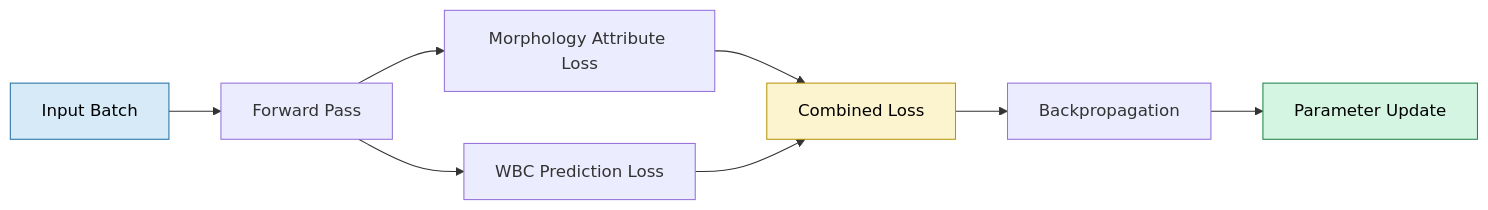
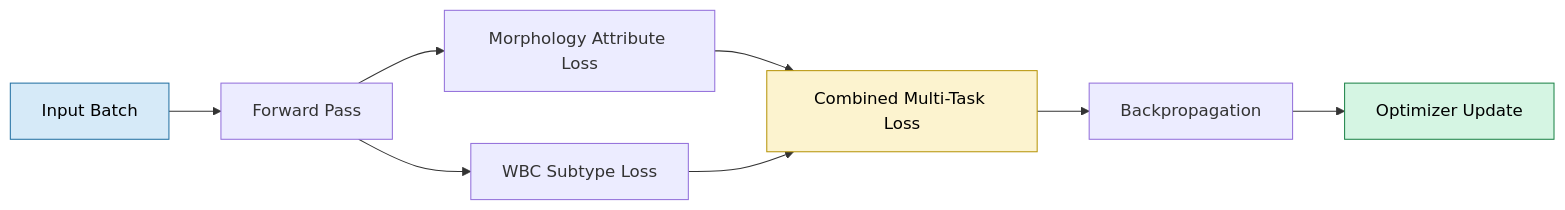
Before and after one commit to fassi182/WBC_Morphology_Analysis_with_a_MAL_ViT_Inspired_Architecture: the fourth of 8 diagrams in README.md, drawn with Mermaid. The commit also changed other lines of this file, not shown here.

````diff
--- a/README.md
+++ b/README.md
@@ -356,29 +335,29 @@
 ```mermaid
 flowchart LR
 
 A["Input Batch"]
 
 B["Forward Pass"]
 
 C["Morphology Attribute Loss"]
 
-D["WBC Prediction Loss"]
+D["WBC Subtype Loss"]
 
-E["Combined Loss"]
+E["Combined Multi-Task Loss"]
 
 F["Backpropagation"]
 
-G["Parameter Update"]
+G["Optimizer Update"]
 
 A --> B
 B --> C
 B --> D
 C --> E
 D --> E
 E --> F
 F --> G
 
 style A fill:#D6EAF8,stroke:#2471A3,color:#000
 style E fill:#FCF3CF,stroke:#B7950B,color:#000
 style G fill:#D5F5E3,stroke:#1E8449,color:#000
 ```
````
